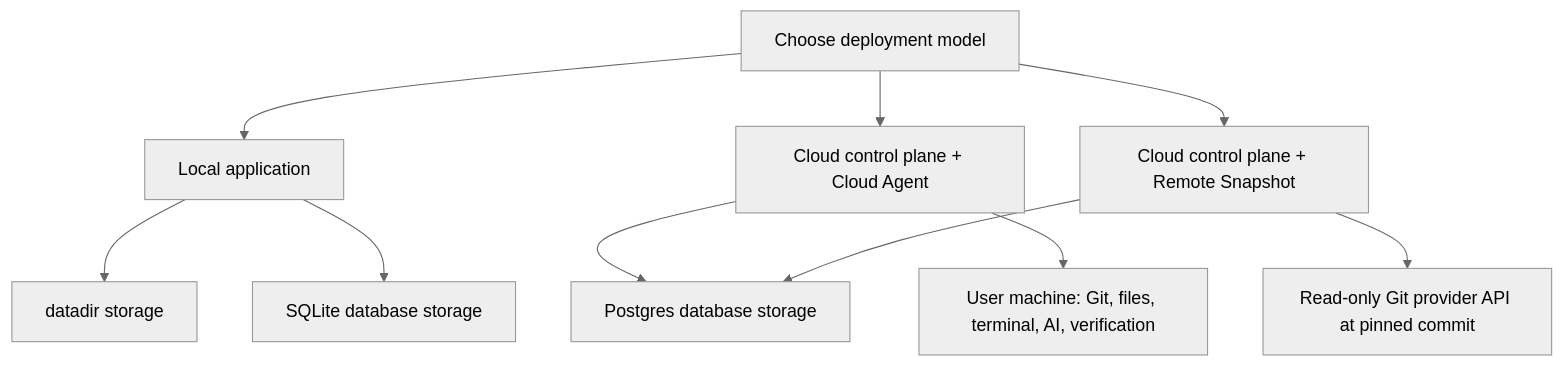
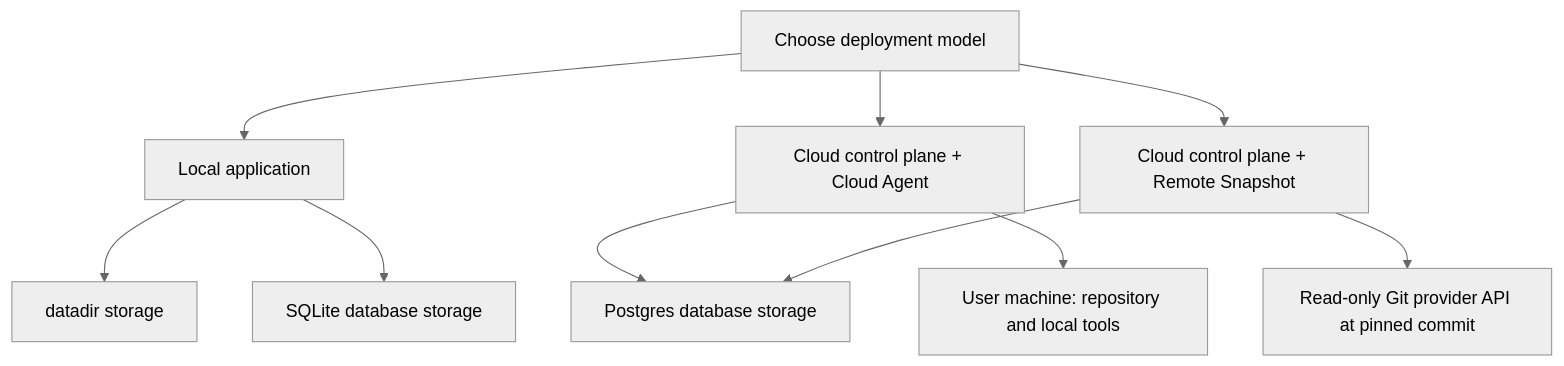
The diagram in docs/architecture/overview.md (kriskhoavu/kode-stream), drawn with Mermaid (neutral theme) before and after one commit. The commit also changed other lines of this file and 75 other files, not shown here.

````diff
--- a/docs/architecture/overview.md
+++ b/docs/architecture/overview.md
@@ -33,12 +17,12 @@
 ```mermaid
 flowchart TD
   D[Choose deployment model] --> L[Local application]
   D --> CA[Cloud control plane + Cloud Agent]
   D --> CS[Cloud control plane + Remote Snapshot]
   L --> LD[datadir storage]
   L --> LDB[SQLite database storage]
   CA --> PG[Postgres database storage]
   CS --> PG
-  CA --> Machine[User machine: Git, files, terminal, AI, verification]
+  CA --> Machine[User machine: repository and local tools]
   CS --> Provider[Read-only Git provider API at pinned commit]
 ```
````
